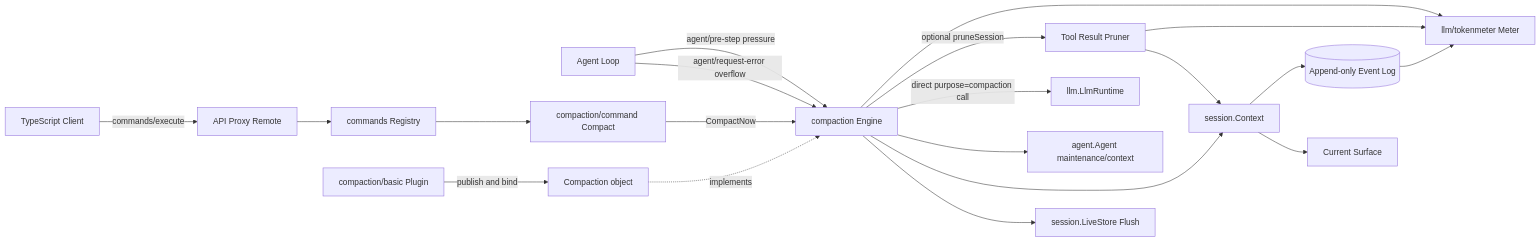
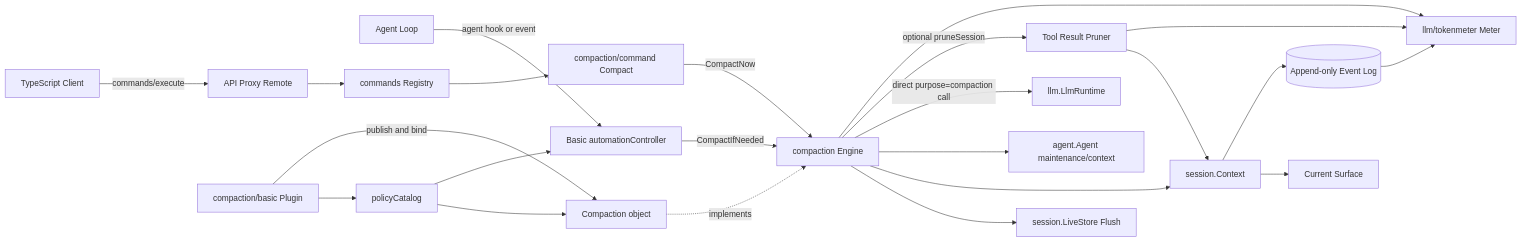
The first of 6 diagrams in zh-CN/24-context-compaction.md (gorenx/goren), drawn with Mermaid before and after one commit. The commit also changed other lines of this file and 3 other files, not shown here.

````diff
--- a/zh-CN/24-context-compaction.md
+++ b/zh-CN/24-context-compaction.md
@@ -58,24 +58,27 @@
 ```mermaid
 flowchart LR
-    AL[Agent Loop] -->|agent/pre-step pressure| CE[compaction Engine]
-    AL -->|agent/request-error overflow| CE
+    AL[Agent Loop] -->|agent hook or event| AUTO[Basic automationController]
+    AUTO -->|CompactIfNeeded| CE[compaction Engine]
     CLIENT[TypeScript Client] -->|commands/execute| API[API Proxy Remote]
     API --> CMD[commands Registry]
     CMD --> CC[compaction/command Compact]
     CC -->|CompactNow| CE
 
     CE --> TM[llm/tokenmeter Meter]
     CE -->|optional pruneSession| PR[Tool Result Pruner]
     CE -->|direct purpose=compaction call| LLM[llm.LlmRuntime]
     CE --> AG[agent.Agent maintenance/context]
     CE --> S[session.Context]
     CE --> LS[session.LiveStore Flush]
     PR --> TM
     PR --> S
 
     BP[compaction/basic Plugin] -->|publish and bind| BASIC[Compaction object]
+    BP --> POLICY[policyCatalog]
+    POLICY --> AUTO
+    POLICY --> BASIC
     BASIC -. implements .-> CE
     S --> LOG[(Append-only Event Log)]
     S --> SURF[Current Surface]
     LOG --> TM
 ```
````
